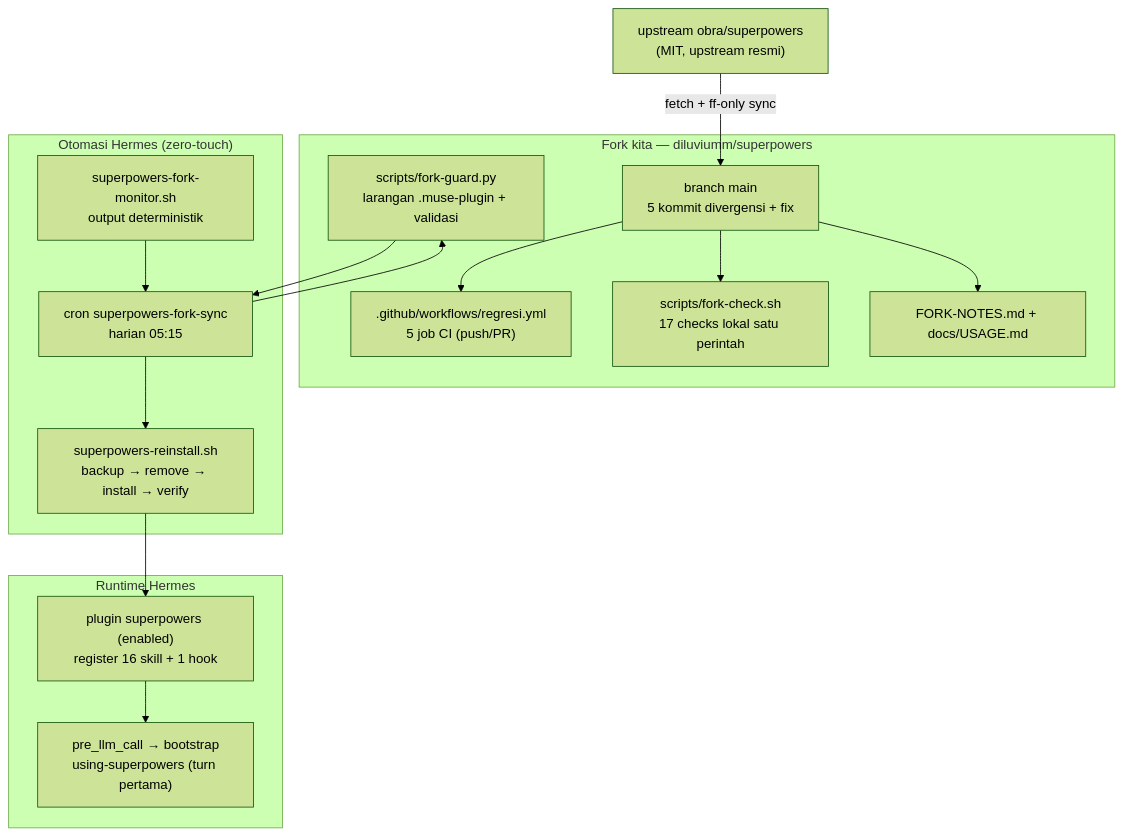
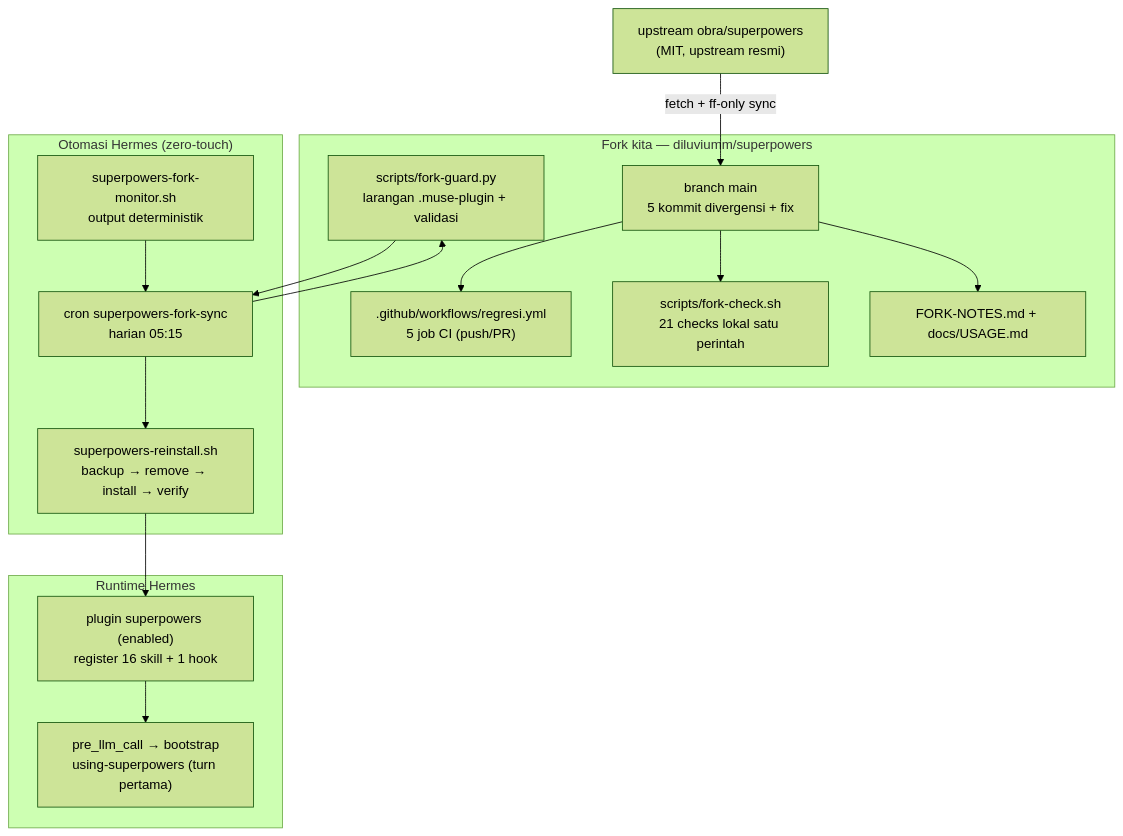
Before and after one commit to diluviumm/superpowers: the first of 3 diagrams in docs/USAGE.md, drawn with Mermaid (forest theme). The commit also changed other lines of this file and 4 other files, not shown here.

First line of the commit message:
ci: pin actions ke SHA + concurrency + Dependabot; fork-check 21 checks; matriks test presisi

````diff
--- a/docs/USAGE.md
+++ b/docs/USAGE.md
@@ -11,31 +11,31 @@
 ```mermaid
 flowchart TD
     UP["upstream obra/superpowers<br/>(MIT, upstream resmi)"]
     subgraph FORK["Fork kita — diluviumm/superpowers"]
         MAIN["branch main<br/>5 kommit divergensi + fix"]
         GUARD["scripts/fork-guard.py<br/>larangan .muse-plugin + validasi"]
         CI[".github/workflows/regresi.yml<br/>5 job CI (push/PR)"]
-        FC["scripts/fork-check.sh<br/>17 checks lokal satu perintah"]
+        FC["scripts/fork-check.sh<br/>21 checks lokal satu perintah"]
         DOC["FORK-NOTES.md + docs/USAGE.md"]
     end
     subgraph AUTO["Otomasi Hermes (zero-touch)"]
         CRON["cron superpowers-fork-sync<br/>harian 05:15"]
         MON["superpowers-fork-monitor.sh<br/>output deterministik"]
         REIN["superpowers-reinstall.sh<br/>backup → remove → install → verify"]
     end
     subgraph RUN["Runtime Hermes"]
         PLUGIN["plugin superpowers (enabled)<br/>register 16 skill + 1 hook"]
         HOOK["pre_llm_call → bootstrap<br/>using-superpowers (turn pertama)"]
     end
 
     UP -- "fetch + ff-only sync" --> MAIN
     MAIN --> CI
     MAIN --> FC
     MAIN --> DOC
     CRON --> GUARD
     CRON --> REIN
     MON --> CRON
     REIN --> PLUGIN
     PLUGIN --> HOOK
     GUARD --> CRON
 ```
````
